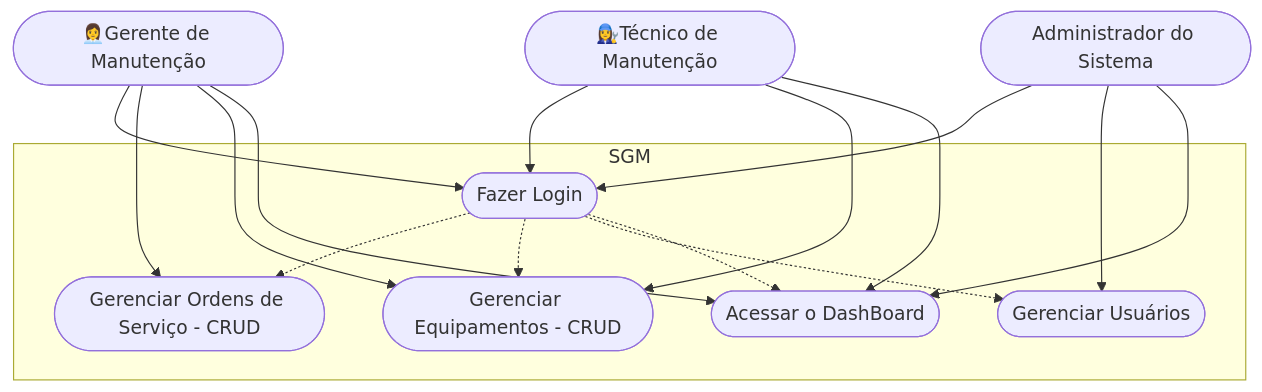
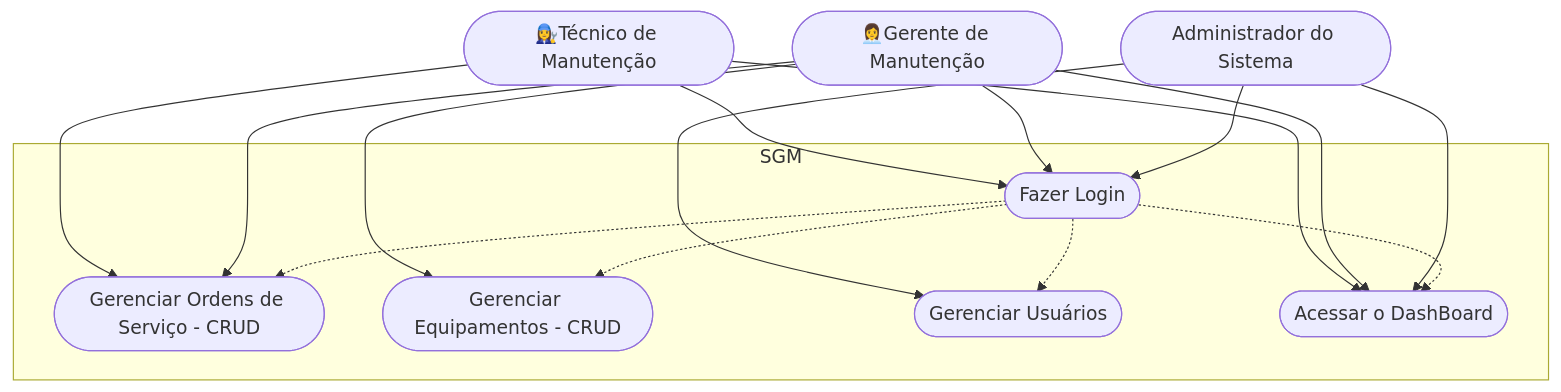
One commit to julia1626/FrontEnd1 changed the second of 3 diagrams in Frameworks/Next/formativa-sgm/README.md. Above: the diagram before and after it, drawn with Mermaid. The commit also changed other lines of this file and 6 other files, not shown here.

````diff
--- a/Frameworks/Next/formativa-sgm/README.md
+++ b/Frameworks/Next/formativa-sgm/README.md
@@ -102,35 +102,35 @@
     ```mermaid
 
     graph TD
 
         subgraph "SGM"
             caso1([Fazer Login])
             caso2([Gerenciar Ordens de Serviço - CRUD])
             caso3([Gerenciar Equipamentos - CRUD])
             caso4([Gerenciar Usuários])
             caso5([Acessar o DashBoard])
         end
 
         Tecnico([👩‍🔧Técnico de Manutenção])
         Gerente([👩‍💼Gerente de Manutenção])
         Admin([Administrador do Sistema])
 
         Tecnico --> caso1
-        Tecnico --> caso3
+        Tecnico --> caso2
         Tecnico --> caso5
 
         Gerente --> caso1
         Gerente --> caso2
         Gerente --> caso3
         Gerente --> caso5
 
         Admin --> caso1
         Admin --> caso4
         Admin --> caso5
 
         caso1 -.-> caso2
         caso1 -.-> caso3
         caso1 -.-> caso4
         caso1 -.-> caso5
     
     ```
````
